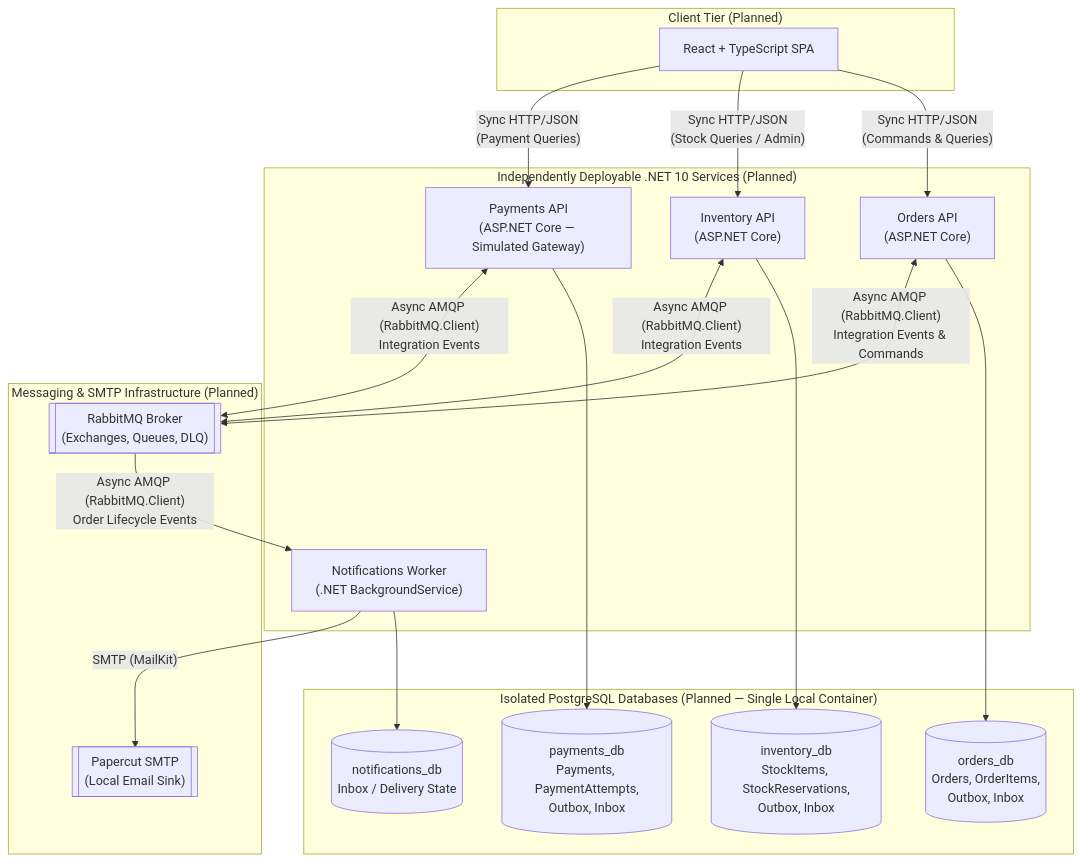
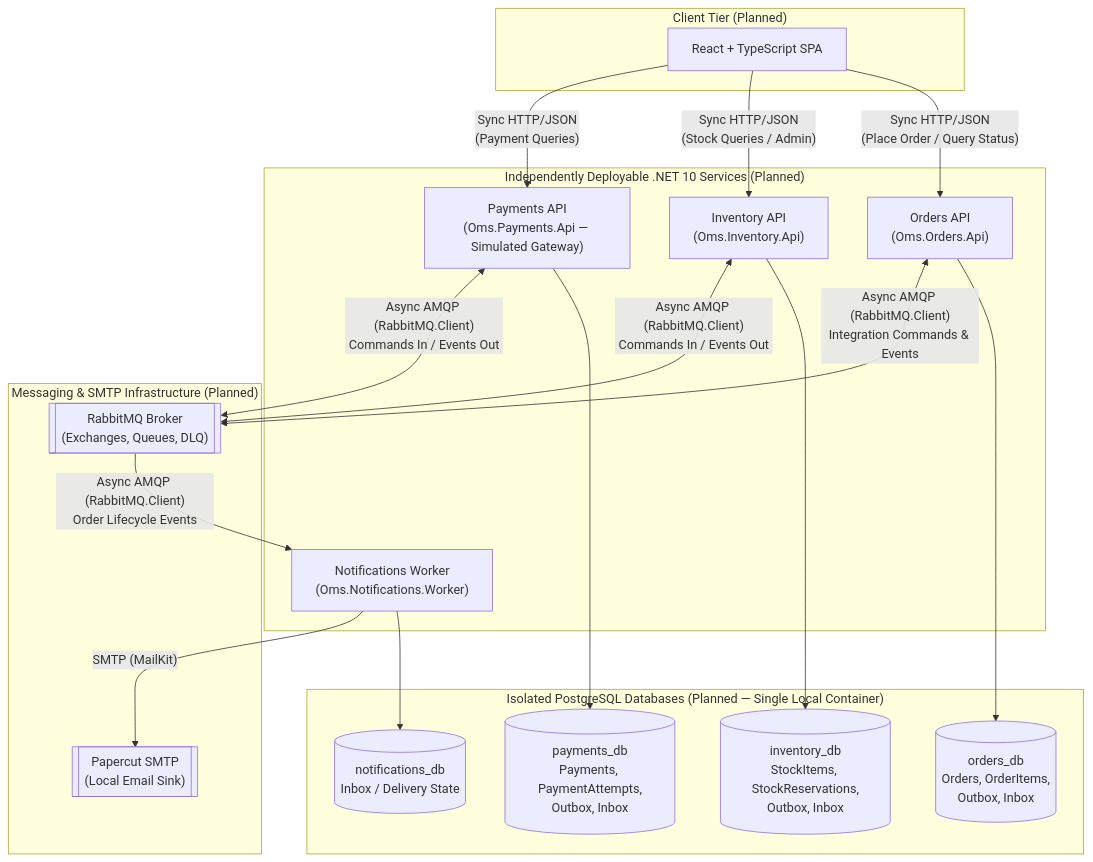
One commit to rodrigoyamamoto/oms changed the diagram in docs/ARCHITECTURE.md. Above: the diagram before and after it, drawn with Mermaid. The commit also changed other lines of this file and 3 other files, not shown here.

First line of the commit message:
docs: record approved architecture decisions and refine messaging boundaries

````diff
--- a/docs/ARCHITECTURE.md
+++ b/docs/ARCHITECTURE.md
@@ -41,41 +42,41 @@
 ```mermaid
 flowchart TB
     subgraph Client["Client Tier (Planned)"]
         UI["React + TypeScript SPA"]
     end
 
     subgraph Services["Independently Deployable .NET 10 Services (Planned)"]
-        Orders["Orders API<br/>(ASP.NET Core)"]
-        Inventory["Inventory API<br/>(ASP.NET Core)"]
-        Payments["Payments API<br/>(ASP.NET Core — Simulated Gateway)"]
-        Notifications["Notifications Worker<br/>(.NET BackgroundService)"]
+        Orders["Orders API<br/>(Oms.Orders.Api)"]
+        Inventory["Inventory API<br/>(Oms.Inventory.Api)"]
+        Payments["Payments API<br/>(Oms.Payments.Api — Simulated Gateway)"]
+        Notifications["Notifications Worker<br/>(Oms.Notifications.Worker)"]
     end
 
     subgraph Data["Isolated PostgreSQL Databases (Planned — Single Local Container)"]
         OrdersDb[("orders_db<br/>Orders, OrderItems,<br/>Outbox, Inbox")]
         InventoryDb[("inventory_db<br/>StockItems, StockReservations,<br/>Outbox, Inbox")]
         PaymentsDb[("payments_db<br/>Payments, PaymentAttempts,<br/>Outbox, Inbox")]
         NotificationsDb[("notifications_db<br/>Inbox / Delivery State")]
     end
 
     subgraph Infra["Messaging & SMTP Infrastructure (Planned)"]
         RabbitMQ[["RabbitMQ Broker<br/>(Exchanges, Queues, DLQ)"]]
         Papercut[["Papercut SMTP<br/>(Local Email Sink)"]]
     end
 
-    UI -- "Sync HTTP/JSON<br/>(Commands & Queries)" --> Orders
+    UI -- "Sync HTTP/JSON<br/>(Place Order / Query Status)" --> Orders
     UI -- "Sync HTTP/JSON<br/>(Stock Queries / Admin)" --> Inventory
     UI -- "Sync HTTP/JSON<br/>(Payment Queries)" --> Payments
 
     Orders --> OrdersDb
     Inventory --> InventoryDb
     Payments --> PaymentsDb
     Notifications --> NotificationsDb
 
-    Orders <-- "Async AMQP (RabbitMQ.Client)<br/>Integration Events & Commands" --> RabbitMQ
-    Inventory <-- "Async AMQP (RabbitMQ.Client)<br/>Integration Events" --> RabbitMQ
-    Payments <-- "Async AMQP (RabbitMQ.Client)<br/>Integration Events" --> RabbitMQ
-    RabbitMQ -- "Async AMQP (RabbitMQ.Client)<br/>Order Lifecycle Events" --> Notifications
+    Orders <-->|"Async AMQP (RabbitMQ.Client)<br/>Integration Commands & Events"| RabbitMQ
+    Inventory <-->|"Async AMQP (RabbitMQ.Client)<br/>Commands In / Events Out"| RabbitMQ
+    Payments <-->|"Async AMQP (RabbitMQ.Client)<br/>Commands In / Events Out"| RabbitMQ
+    RabbitMQ -->|"Async AMQP (RabbitMQ.Client)<br/>Order Lifecycle Events"| Notifications
 
-    Notifications -- "SMTP (MailKit)" --> Papercut
+    Notifications -->|"SMTP (MailKit)"| Papercut
 ```
````
